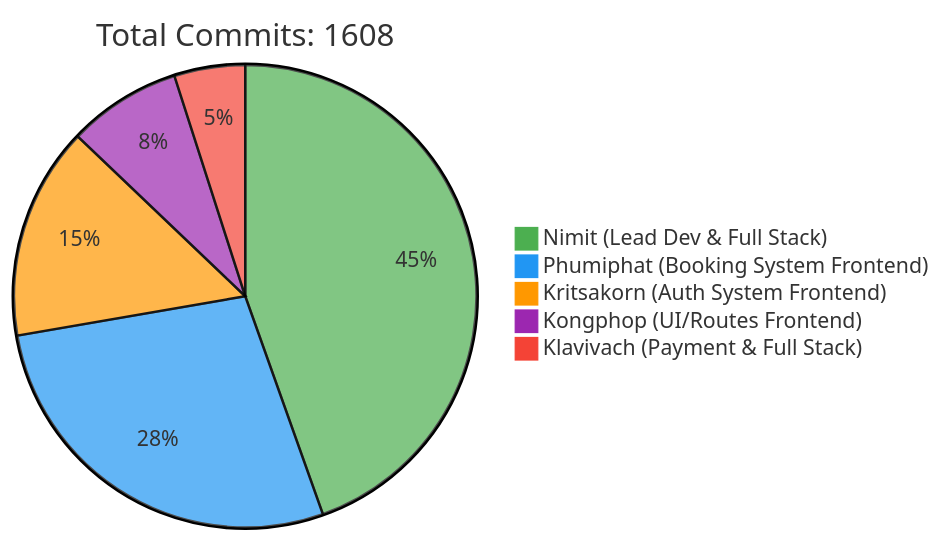
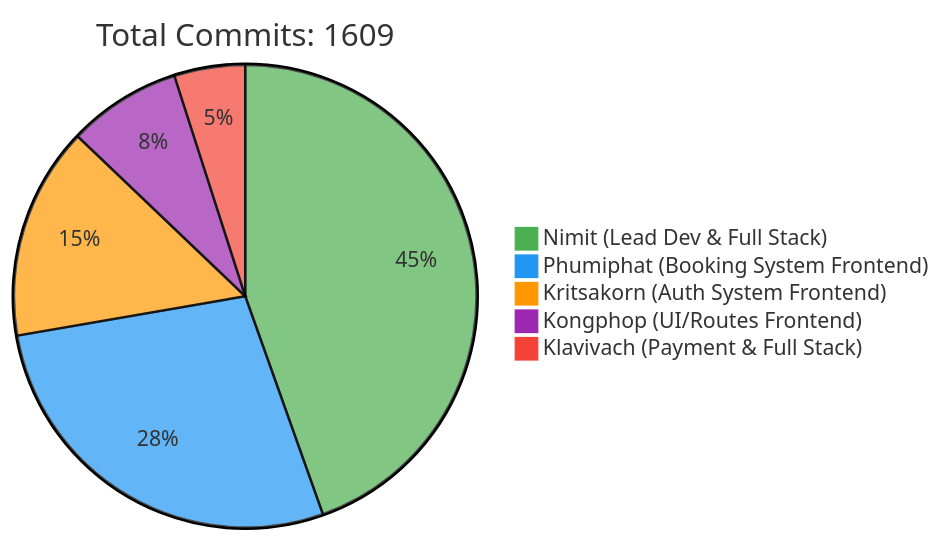
The first of 2 diagrams in README.md (6531503042/Sport-Complex), drawn with Mermaid before and after one commit. The commit also changed other lines of this file, not shown here.

Commit message:
docs: Update contributor statistics [skip ci]

````diff
--- a/README.md
+++ b/README.md
@@ -257,10 +257,10 @@
 ```mermaid
 %%{init: {'theme': 'base', 'themeVariables': { 'pie1': '#4CAF50', 'pie2': '#2196F3', 'pie3': '#FF9800', 'pie4': '#9C27B0', 'pie5': '#F44336'}}}%%
 pie
-    title Total Commits: 1608
+    title Total Commits: 1609
     "Nimit (Lead Dev & Full Stack)" : 450
     "Phumiphat (Booking System Frontend)" : 280
     "Kritsakorn (Auth System Frontend)" : 150
     "Kongphop (UI/Routes Frontend)" : 80
     "Klavivach (Payment & Full Stack)" : 50
 ```
````
